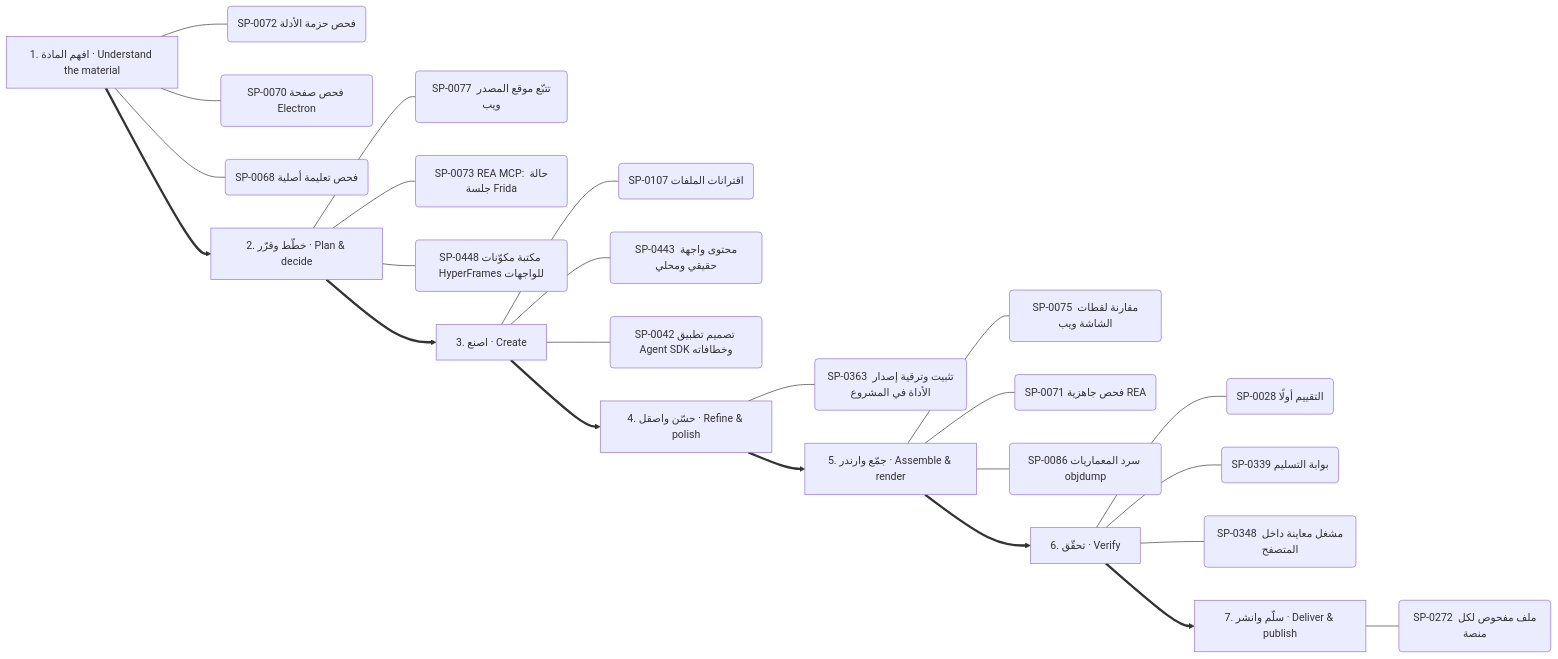
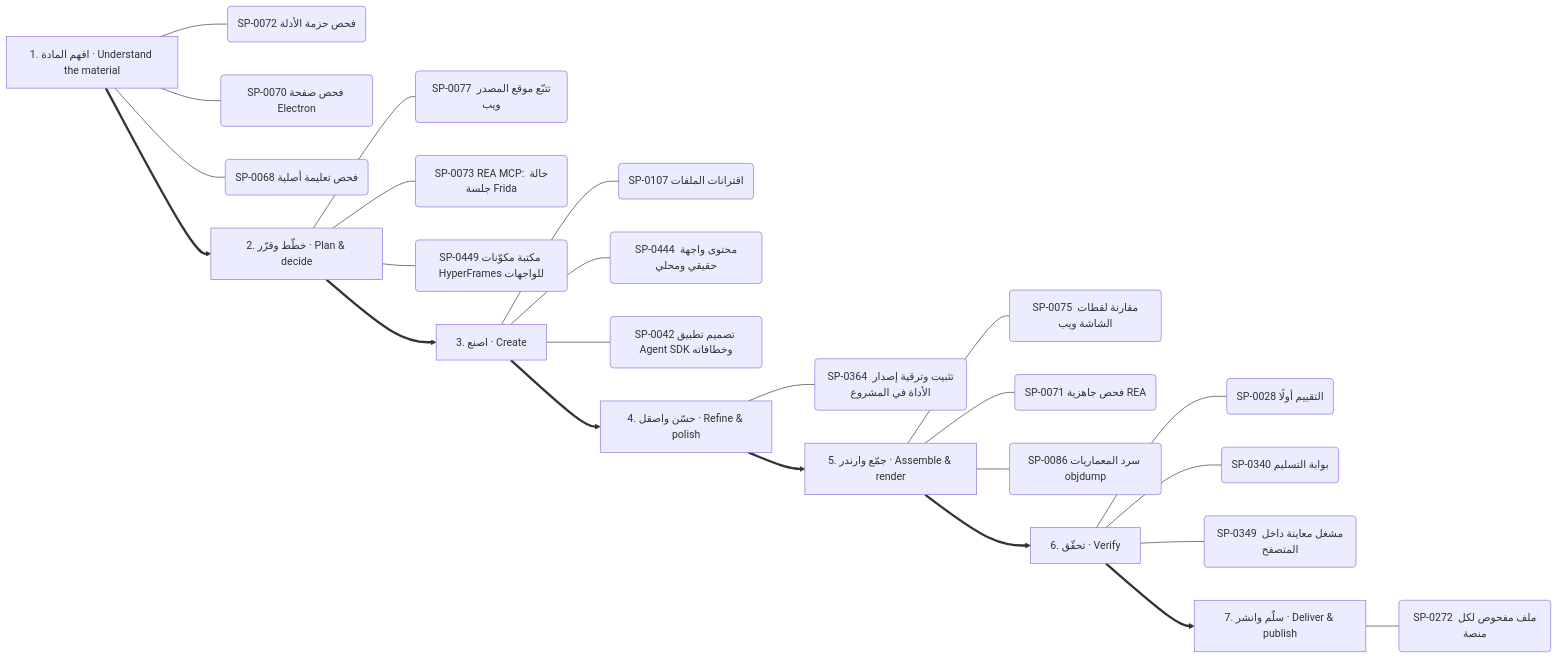
Before and after one commit to kosif199022-jpg/kosif-tool: diagram 11 of 13 in .claude/skills/kosif-superpowers/references/capability-mindmap.md, drawn with Mermaid. The commit also changed other lines of this file and 53 other files, not shown here.

````diff
--- a/.claude/skills/kosif-superpowers/references/capability-mindmap.md
+++ b/.claude/skills/kosif-superpowers/references/capability-mindmap.md
@@ -545,33 +543,33 @@
 ```mermaid
 flowchart LR
   S0["1. افهم المادة · Understand the material"]
   S0 --- S0_0("SP-0072 فحص حزمة الأدلة")
   S0 --- S0_1("SP-0070 فحص صفحة Electron")
   S0 --- S0_2("SP-0068 فحص تعليمة أصلية")
   S1["2. خطّط وقرّر · Plan & decide"]
   S1 --- S1_0("SP-0077 تتبّع موقع المصدر ويب")
   S1 --- S1_1("SP-0073 REA MCP: حالة جلسة Frida")
-  S1 --- S1_2("SP-0448 مكتبة مكوّنات HyperFrames للواجهات")
+  S1 --- S1_2("SP-0449 مكتبة مكوّنات HyperFrames للواجهات")
   S0 ==> S1
   S2["3. اصنع · Create"]
   S2 --- S2_0("SP-0107 اقترانات الملفات")
-  S2 --- S2_1("SP-0443 محتوى واجهة حقيقي ومحلي")
+  S2 --- S2_1("SP-0444 محتوى واجهة حقيقي ومحلي")
   S2 --- S2_2("SP-0042 تصميم تطبيق Agent SDK وخطافاته")
   S1 ==> S2
   S3["4. حسّن واصقل · Refine & polish"]
-  S3 --- S3_0("SP-0363 تثبيت وترقية إصدار الأداة في المشروع")
+  S3 --- S3_0("SP-0364 تثبيت وترقية إصدار الأداة في المشروع")
   S2 ==> S3
   S4["5. جمّع وارندر · Assemble & render"]
   S4 --- S4_0("SP-0075 مقارنة لقطات الشاشة ويب")
   S4 --- S4_1("SP-0071 فحص جاهزية REA")
   S4 --- S4_2("SP-0086 سرد المعماريات objdump")
   S3 ==> S4
   S5["6. تحقّق · Verify"]
   S5 --- S5_0("SP-0028 التقييم أولًا")
-  S5 --- S5_1("SP-0339 بوابة التسليم")
-  S5 --- S5_2("SP-0348 مشغل معاينة داخل المتصفح")
+  S5 --- S5_1("SP-0340 بوابة التسليم")
+  S5 --- S5_2("SP-0349 مشغل معاينة داخل المتصفح")
   S4 ==> S5
   S6["7. سلّم وانشر · Deliver & publish"]
   S6 --- S6_0("SP-0272 ملف مفحوص لكل منصة")
   S5 ==> S6
 ```
````
